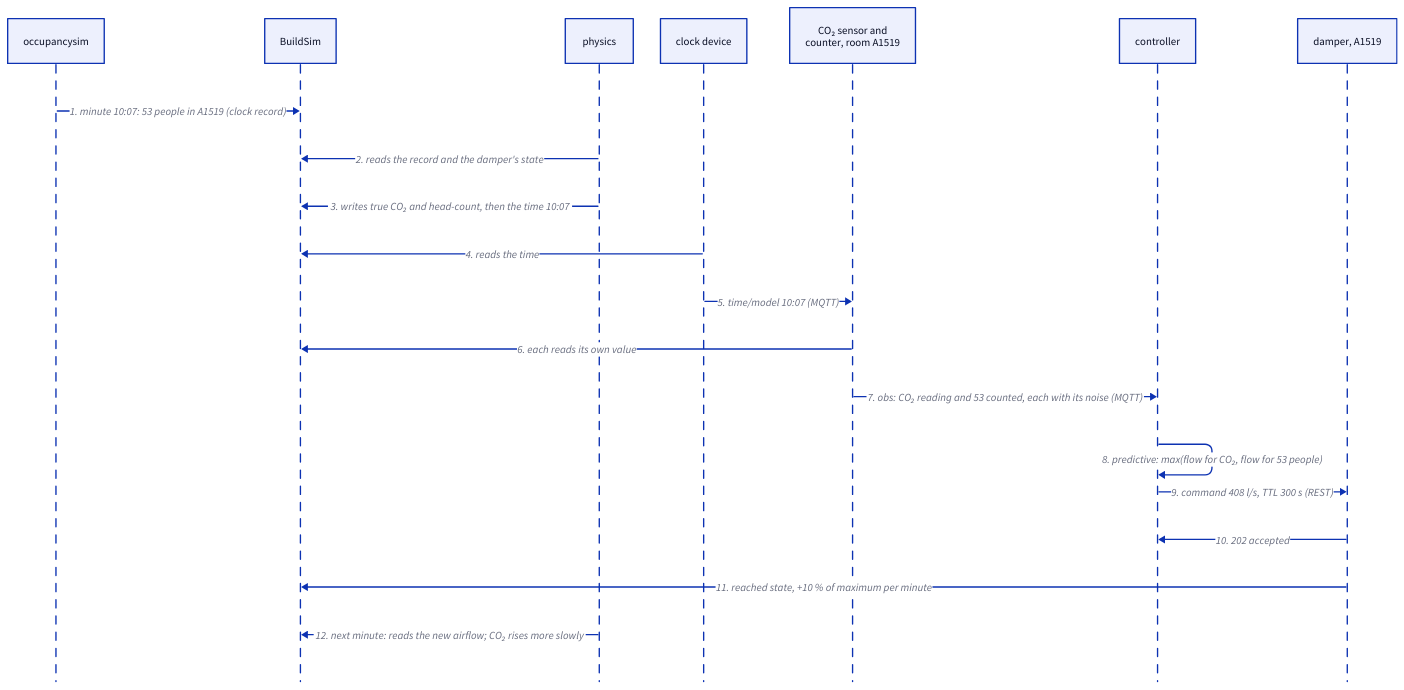
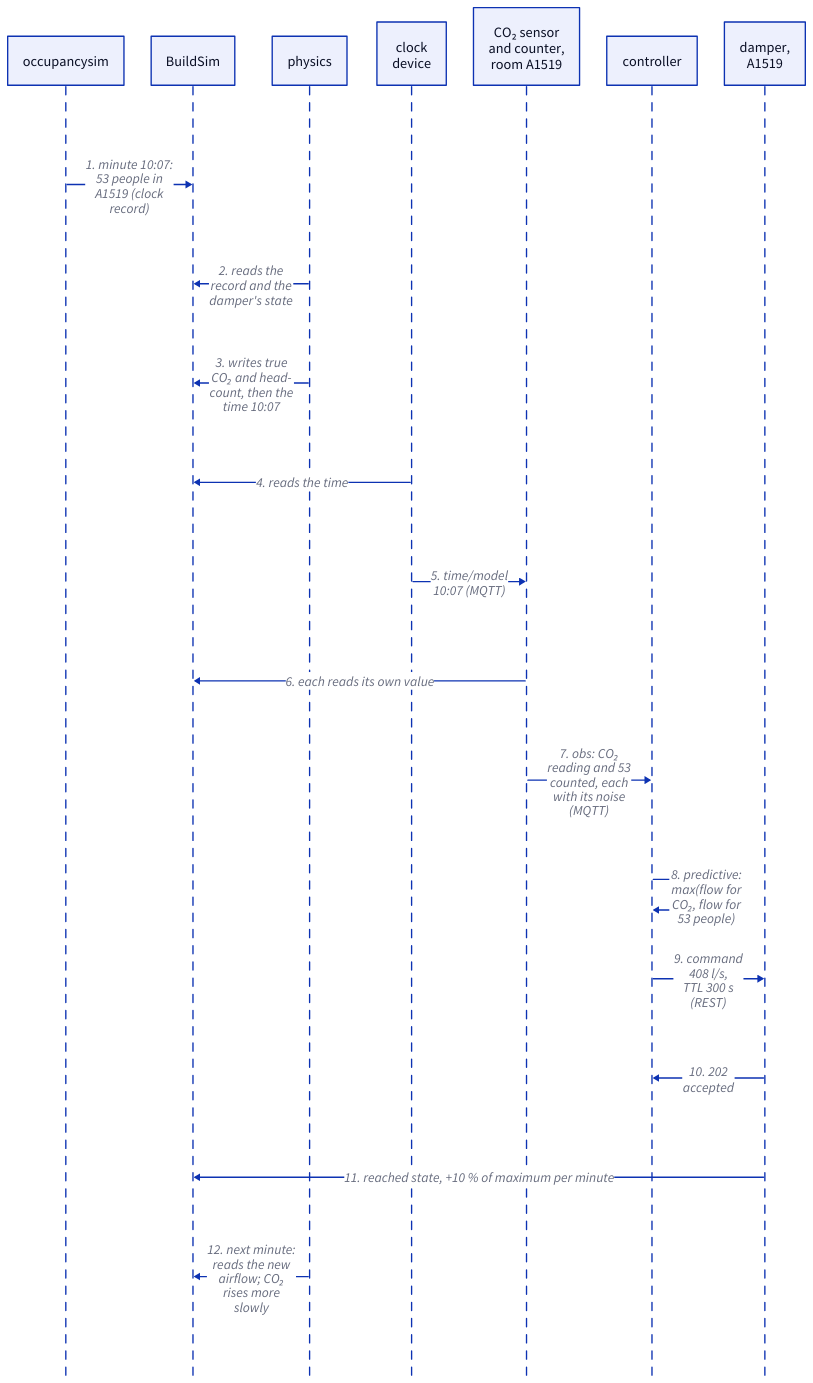
One commit to MisterD0ctor/d7065e-project changed the diagram in docs/diagrams/dynamic.d2. Above: the diagram before and after it, drawn with D2. The commit also changed 24 other files, not shown here.

First line of the commit message:
Report: diagrams readable in print; the 3D view in section 12

```diff
--- a/docs/diagrams/dynamic.d2
+++ b/docs/diagrams/dynamic.d2
@@ -1,21 +1,25 @@
+# C4 dynamic diagram: a lecture room fills (room A1519, minute 10:07).
 shape: sequence_diagram
-occ: occupancysim
-bs: BuildSim
-phys: physics
-clock: clock device
-sensor: "CO₂ sensor and\ncounter, room A1519"
-ctl: controller
-damper: "damper, A1519"
 
-occ -> bs: "1. minute 10:07: 53 people in A1519 (clock record)"
-phys -> bs: "2. reads the record and the damper's state"
-phys -> bs: "3. writes true CO₂ and head-count, then the time 10:07"
+(* -> *)[*].style.font-size: 20
+
+occ: occupancysim {style.font-size: 21}
+bs: BuildSim {style.font-size: 21}
+phys: physics {style.font-size: 21}
+clock: "clock\ndevice" {style.font-size: 21}
+sensor: "CO₂ sensor\nand counter,\nroom A1519" {style.font-size: 21}
+ctl: controller {style.font-size: 21}
+damper: "damper,\nA1519" {style.font-size: 21}
+
+occ -> bs: "1. minute 10:07:\n53 people in\nA1519 (clock\nrecord)"
+phys -> bs: "2. reads the\nrecord and the\ndamper's state"
+phys -> bs: "3. writes true\nCO₂ and head-\ncount, then the\ntime 10:07"
 clock -> bs: "4. reads the time"
-clock -> sensor: "5. time/model 10:07 (MQTT)"
+clock -> sensor: "5. time/model\n10:07 (MQTT)"
 sensor -> bs: "6. each reads its own value"
-sensor -> ctl: "7. obs: CO₂ reading and 53 counted, each with its noise (MQTT)"
-ctl -> ctl: "8. predictive: max(flow for CO₂, flow for 53 people)"
-ctl -> damper: "9. command 408 l/s, TTL 300 s (REST)"
-damper -> ctl: "10. 202 accepted"
+sensor -> ctl: "7. obs: CO₂\nreading and 53\ncounted, each\nwith its noise\n(MQTT)"
+ctl -> ctl: "8. predictive:\nmax(flow for\nCO₂, flow for\n53 people)"
+ctl -> damper: "9. command\n408 l/s,\nTTL 300 s\n(REST)"
+damper -> ctl: "10. 202\naccepted"
 damper -> bs: "11. reached state, +10 % of maximum per minute"
-phys -> bs: "12. next minute: reads the new airflow; CO₂ rises more slowly"
+phys -> bs: "12. next minute:\nreads the new\nairflow; CO₂\nrises more\nslowly"
```
